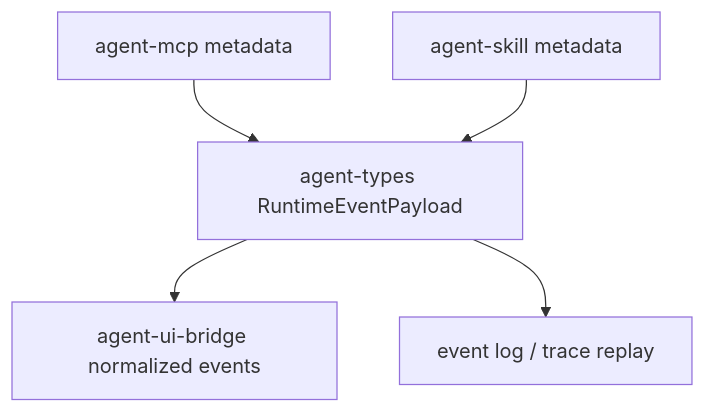
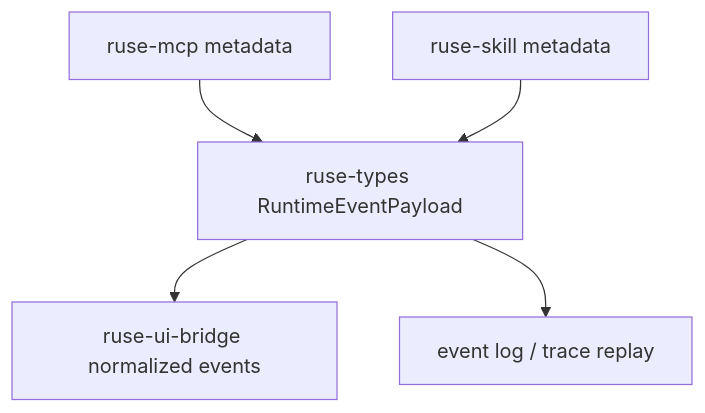
Before and after one commit to poneding/agent: the diagram in docs/specs/M07-04-mcp-skill-traceability.spec.md, drawn with Mermaid. The commit also changed other lines of this file and 2091 other files, not shown here.

First line of the commit message:
refactor: rename agent branding to ruse

````diff
--- a/docs/specs/M07-04-mcp-skill-traceability.spec.md
+++ b/docs/specs/M07-04-mcp-skill-traceability.spec.md
@@ -31,7 +31,7 @@
 ```mermaid
 flowchart TD
-  mcp["agent-mcp metadata"] --> types["agent-types RuntimeEventPayload"]
-  skill["agent-skill metadata"] --> types
-  types --> bridge["agent-ui-bridge normalized events"]
+  mcp["ruse-mcp metadata"] --> types["ruse-types RuntimeEventPayload"]
+  skill["ruse-skill metadata"] --> types
+  types --> bridge["ruse-ui-bridge normalized events"]
   types --> storage["event log / trace replay"]
 ```
````
